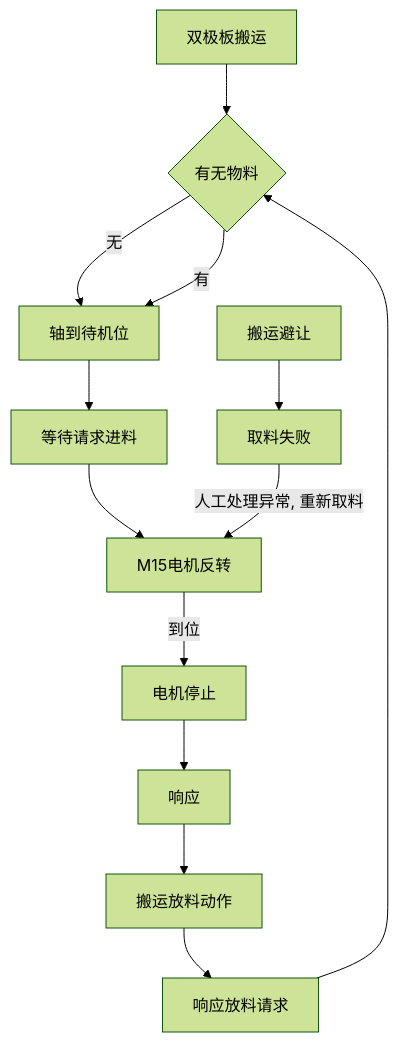
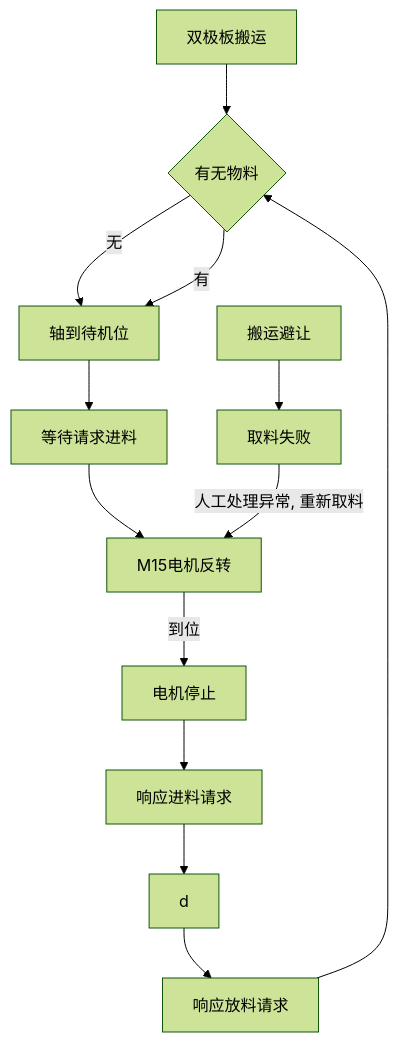
The diagram in all/未命名-1.md (PengKun1/iodraw-files), drawn with Mermaid (forest theme) before and after one commit.

Commit message:
2024-08-20 11:03:07 update

````diff
--- a/all/未命名-1.md
+++ b/all/未命名-1.md
@@ -1,17 +1,17 @@
 ```mermaid
 graph TD
 0[双极板搬运]-->10
 10{有无物料}-->|无|20
 10-->|有|20
 20[轴到待机位]-->30
 30[等待请求进料]-->40
 40[M15电机反转]-->|到位|50
 50[电机停止]-->60
-60[响应]-->70
-70[搬运放料动作]-->80
+60[响应进料请求]-->70
+70[d]-->80
 80[响应放料请求]-->10
 
 90[搬运避让]-->900
 
 900[取料失败]-->|人工处理异常, 重新取料|40
 ```
````
